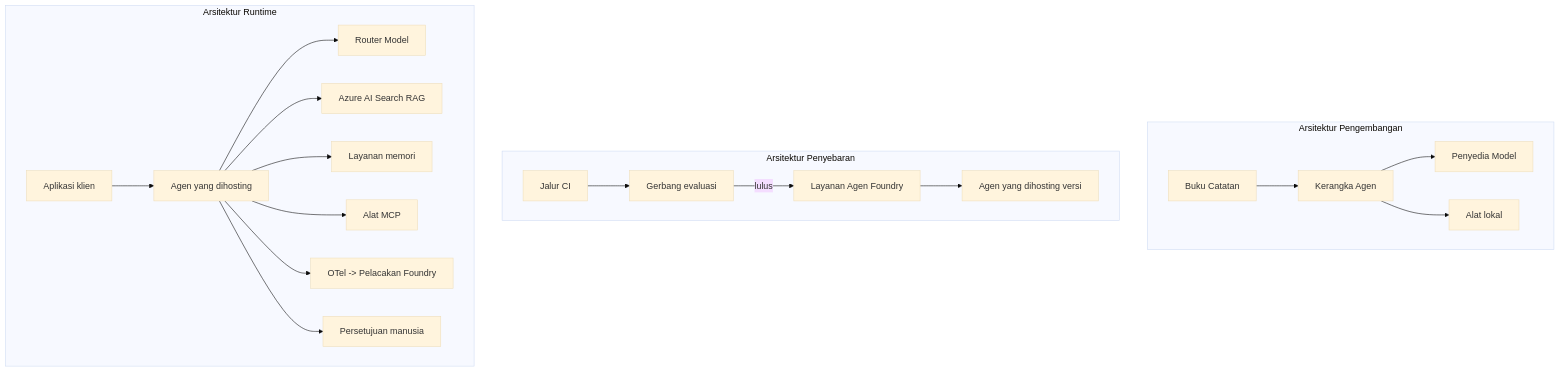
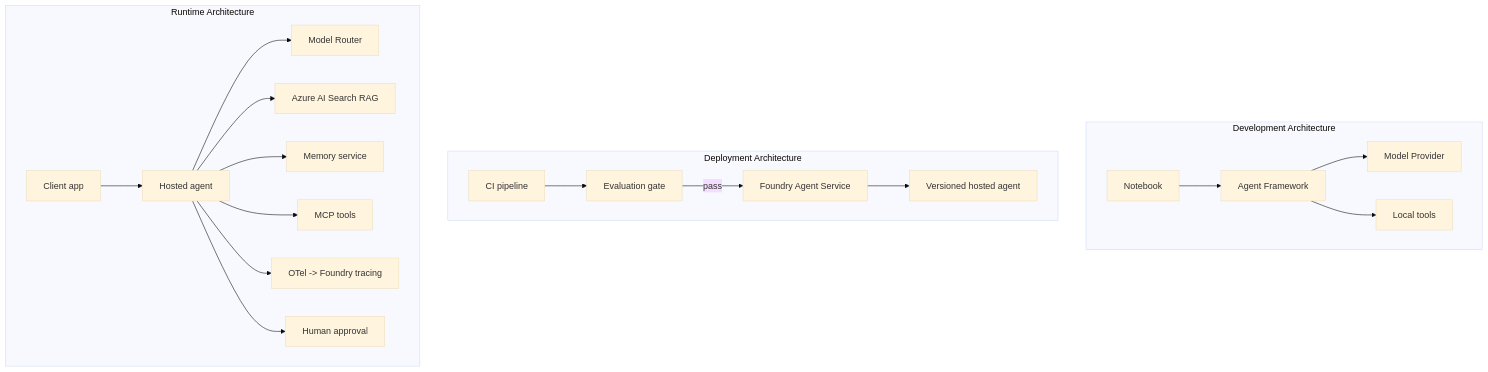
Before and after one commit to gabrielmoreira/agent-skills-mirror: the fourth of 4 diagrams in mirrors/repos/microsoft@ai-agents-for-beginners/translations/id/16-deploying-scalable-agents/README.md, drawn with Mermaid (base theme). The commit also changed other lines of this file and 5918 other files, not shown here.

````diff
--- a/mirrors/repos/microsoft@ai-agents-for-beginners/translations/id/16-deploying-scalable-agents/README.md
+++ b/mirrors/repos/microsoft@ai-agents-for-beginners/translations/id/16-deploying-scalable-agents/README.md
@@ -185,22 +185,22 @@
 ```mermaid
 flowchart TB
-    subgraph Dev[Arsitektur Pengembangan]
-        D1[Buku Catatan] --> D2[Kerangka Agen]
-        D2 --> D3[Penyedia Model]
-        D2 --> D4[Alat lokal]
+    subgraph Dev[Development Architecture]
+        D1[Notebook] --> D2[Agent Framework]
+        D2 --> D3[Model Provider]
+        D2 --> D4[Local tools]
     end
-    subgraph Deploy[Arsitektur Penyebaran]
-        E1[Jalur CI] --> E2[Gerbang evaluasi]
-        E2 -->|lulus| E3[Layanan Agen Foundry]
-        E3 --> E4[Agen yang dihosting versi]
+    subgraph Deploy[Deployment Architecture]
+        E1[CI pipeline] --> E2[Evaluation gate]
+        E2 -->|pass| E3[Foundry Agent Service]
+        E3 --> E4[Versioned hosted agent]
     end
-    subgraph Run[Arsitektur Runtime]
-        F1[Aplikasi klien] --> F2[Agen yang dihosting]
-        F2 --> F3[Router Model]
+    subgraph Run[Runtime Architecture]
+        F1[Client app] --> F2[Hosted agent]
+        F2 --> F3[Model Router]
         F2 --> F4[Azure AI Search RAG]
-        F2 --> F5[Layanan memori]
-        F2 --> F6[Alat MCP]
-        F2 --> F7[OTel -> Pelacakan Foundry]
-        F2 --> F8[Persetujuan manusia]
+        F2 --> F5[Memory service]
+        F2 --> F6[MCP tools]
+        F2 --> F7[OTel -> Foundry tracing]
+        F2 --> F8[Human approval]
     end
 ```
````
